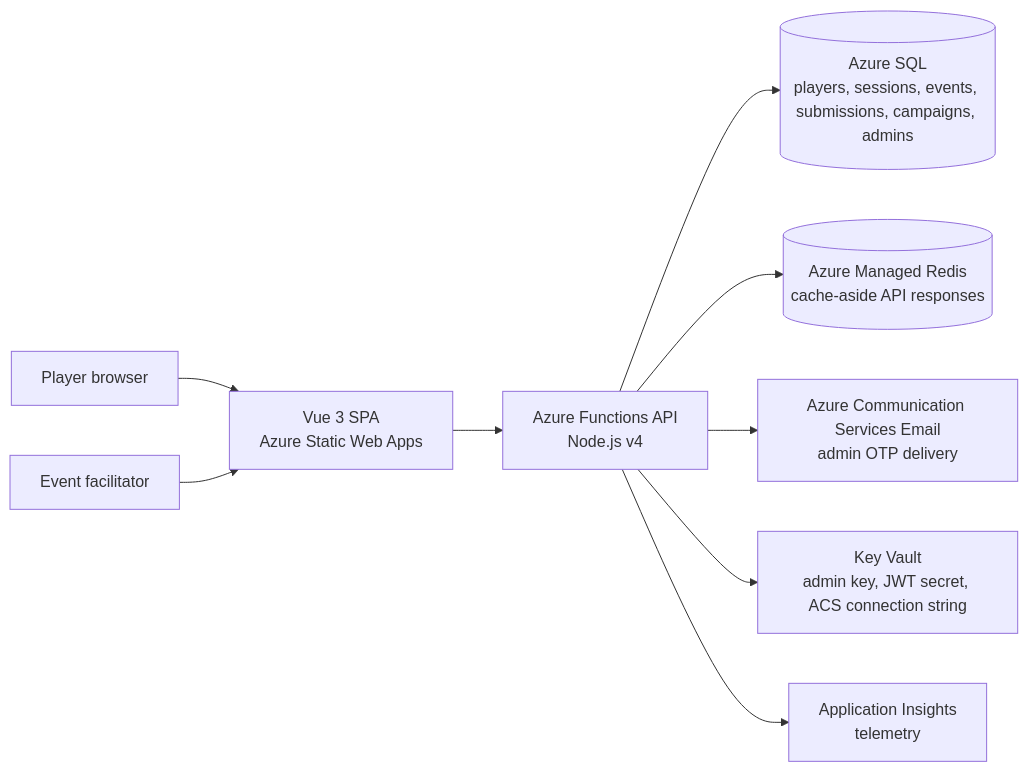
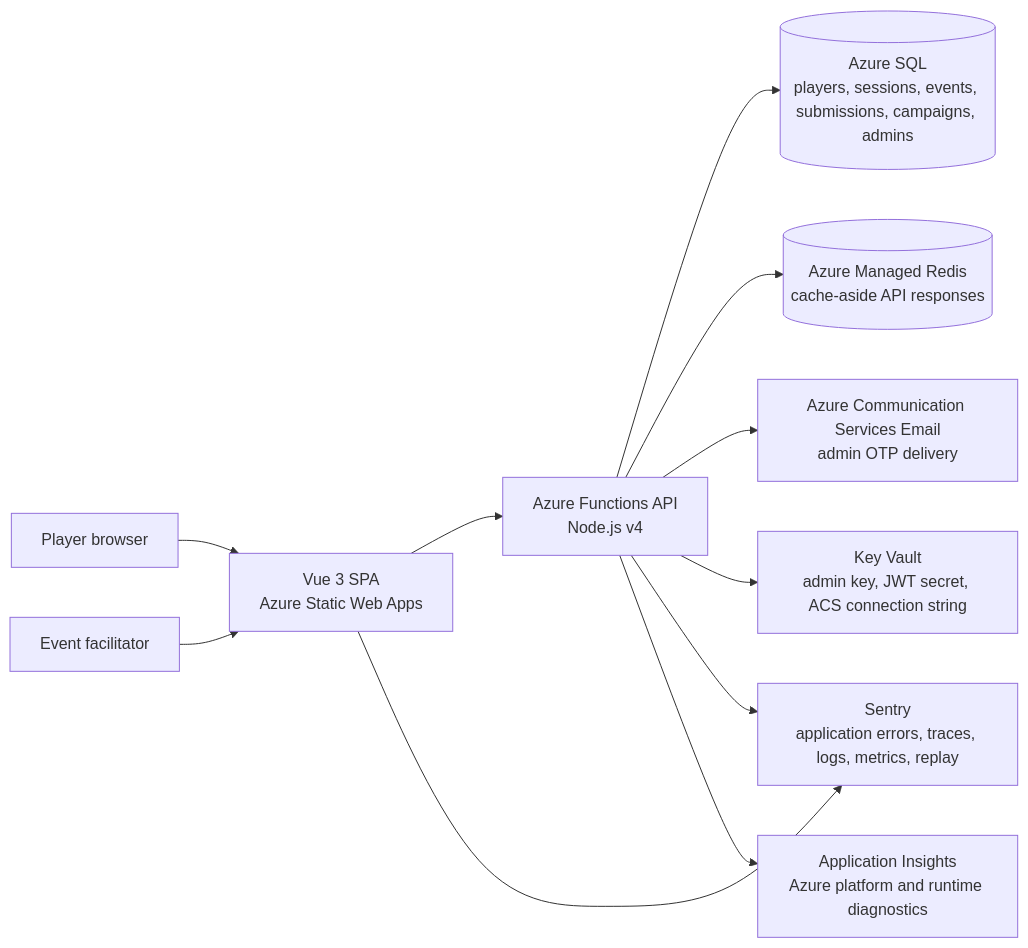
Before and after one commit to microsoft-sgp/m365copilot-game: the first of 2 diagrams in README.md, drawn with Mermaid. The commit also changed other lines of this file and 50 other files, not shown here.

````diff
--- a/README.md
+++ b/README.md
@@ -38,11 +38,13 @@
 ```mermaid
 flowchart LR
    player[Player browser] --> frontend[Vue 3 SPA\nAzure Static Web Apps]
    admin[Event facilitator] --> frontend
    frontend --> api[Azure Functions API\nNode.js v4]
    api --> sql[(Azure SQL\nplayers, sessions, events, submissions, campaigns, admins)]
   api --> redis[(Azure Managed Redis\ncache-aside API responses)]
    api --> acs[Azure Communication Services Email\nadmin OTP delivery]
    api --> kv[Key Vault\nadmin key, JWT secret, ACS connection string]
-   api --> appi[Application Insights\ntelemetry]
+  frontend --> sentry[Sentry\napplication errors, traces, logs, metrics, replay]
+  api --> sentry
+  api --> appi[Application Insights\nAzure platform and runtime diagnostics]
 ```
````
